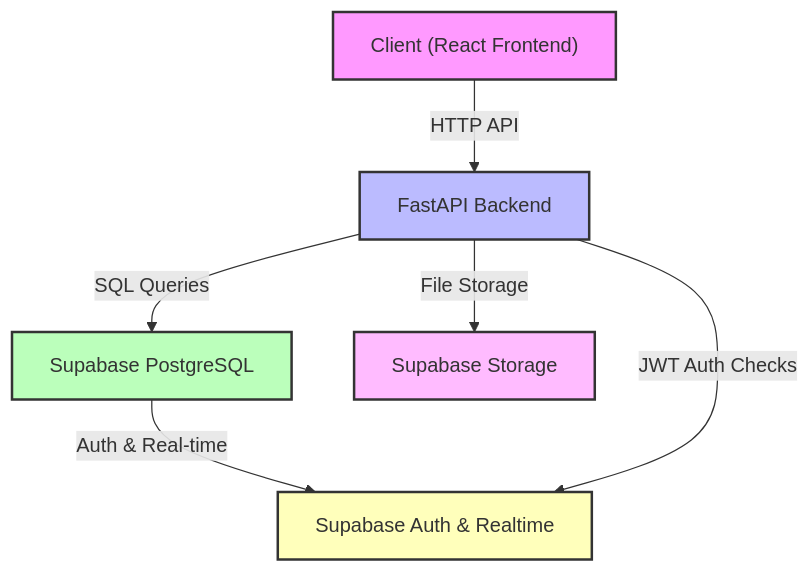
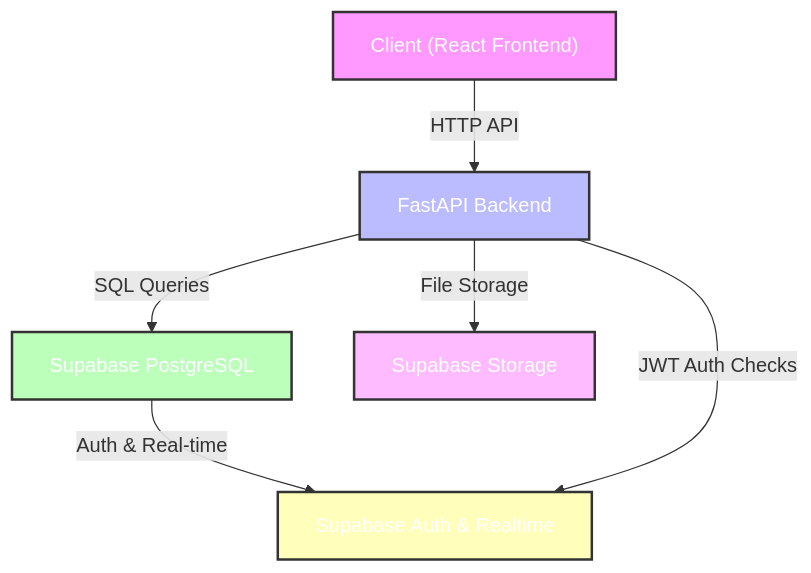
Before and after one commit to dev-jesu/Academic_performance_platform: the diagram in docs/tech_stack.md, drawn with Mermaid.

Commit message:
Fix flowchart text color for better readability

````diff
--- a/docs/tech_stack.md
+++ b/docs/tech_stack.md
@@ -20,13 +20,13 @@
 ```mermaid
 flowchart TD
     A["Client (React Frontend)"] -->|HTTP API| B["FastAPI Backend"]
     B -->|SQL Queries| C["Supabase PostgreSQL"]
     C -->|Auth & Real-time| D["Supabase Auth & Realtime"]
     B -->|JWT Auth Checks| D
     B -->|File Storage| E["Supabase Storage"]
-    style A fill:#f9f,stroke:#333,stroke-width:2px
-    style B fill:#bbf,stroke:#333,stroke-width:2px
-    style C fill:#bfb,stroke:#333,stroke-width:2px
-    style D fill:#ffb,stroke:#333,stroke-width:2px
-    style E fill:#fbf,stroke:#333,stroke-width:2px
+    style A fill:#f9f,stroke:#333,stroke-width:2px,color:#fff
+    style B fill:#bbf,stroke:#333,stroke-width:2px,color:#fff
+    style C fill:#bfb,stroke:#333,stroke-width:2px,color:#fff
+    style D fill:#ffb,stroke:#333,stroke-width:2px,color:#fff
+    style E fill:#fbf,stroke:#333,stroke-width:2px,color:#fff
 ```
````
